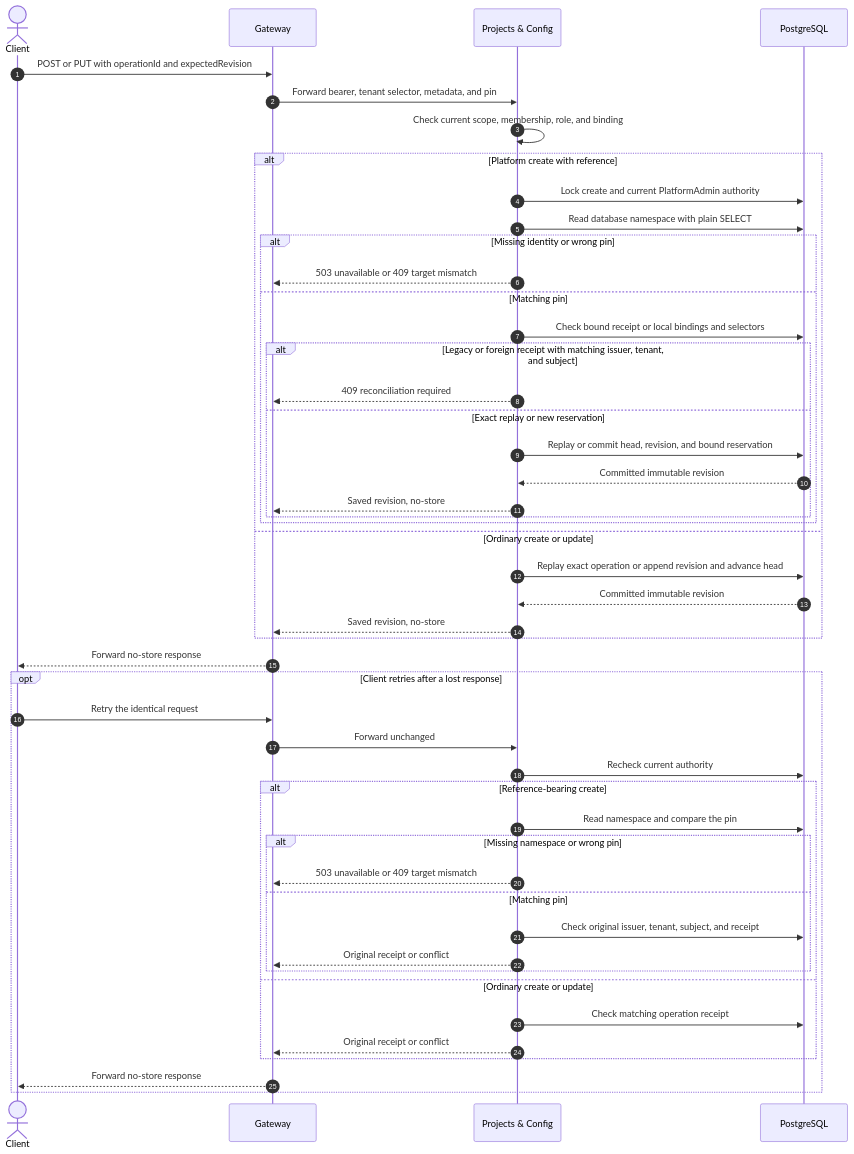
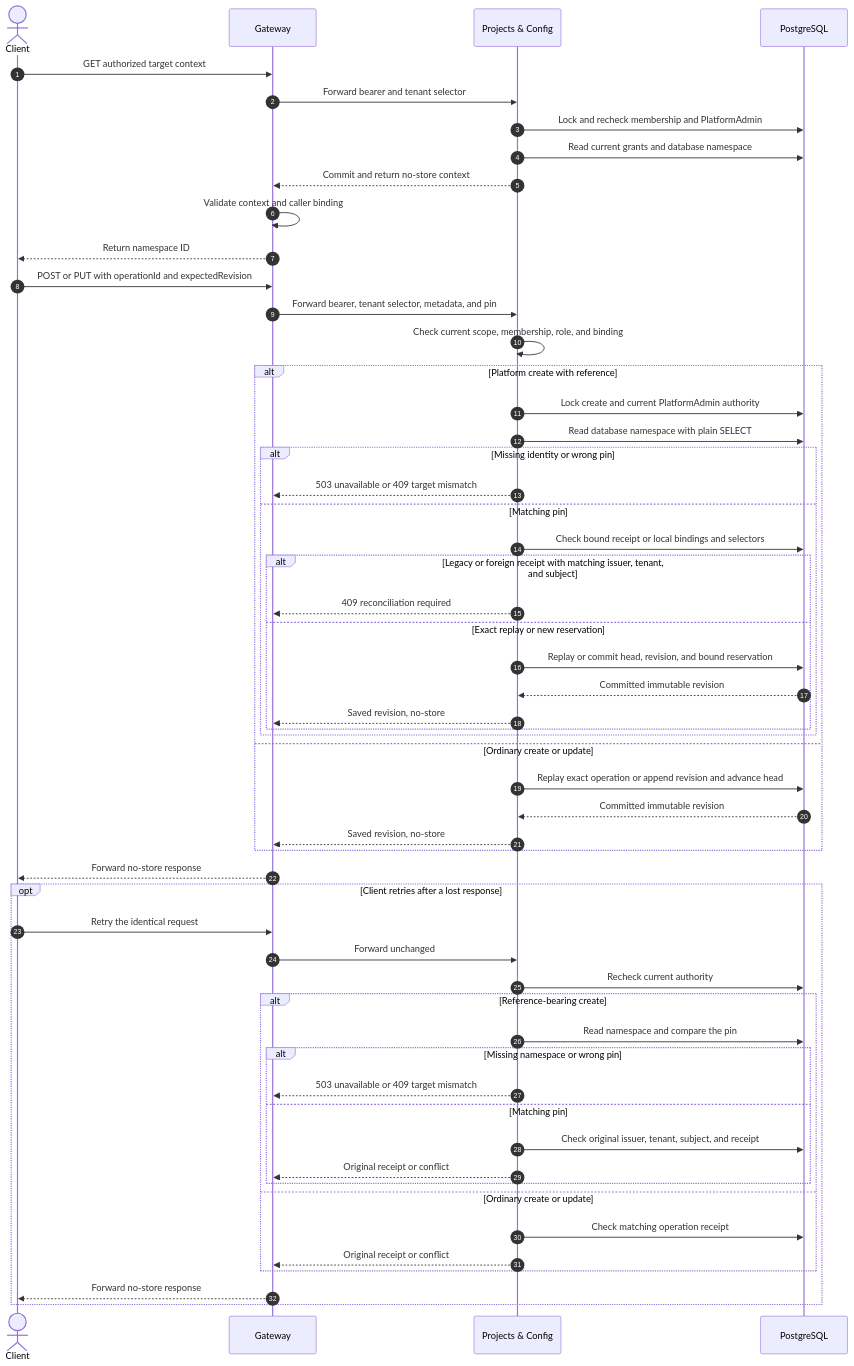
One commit to sabbour/agentweaver changed the first of 14 diagrams in docs/architecture/projects-config.md. Above: the diagram before and after it, drawn with Mermaid. The commit also changed other lines of this file and 32 other files, not shown here.

Commit message:
feat: expose authorized target context

````diff
--- a/docs/architecture/projects-config.md
+++ b/docs/architecture/projects-config.md
@@ -49,50 +54,57 @@
 ```mermaid
 sequenceDiagram
     autonumber
     actor Client
     participant Gateway
     participant Projects as Projects & Config
     participant DB as PostgreSQL
+    Client->>Gateway: GET authorized target context
+    Gateway->>Projects: Forward bearer and tenant selector
+    Projects->>DB: Lock and recheck membership and PlatformAdmin
+    Projects->>DB: Read current grants and database namespace
+    Projects-->>Gateway: Commit and return no-store context
+    Gateway->>Gateway: Validate context and caller binding
+    Gateway-->>Client: Return namespace ID
     Client->>Gateway: POST or PUT with operationId and expectedRevision
     Gateway->>Projects: Forward bearer, tenant selector, metadata, and pin
     Projects->>Projects: Check current scope, membership, role, and binding
     alt Platform create with reference
         Projects->>DB: Lock create and current PlatformAdmin authority
         Projects->>DB: Read database namespace with plain SELECT
         alt Missing identity or wrong pin
             Projects-->>Gateway: 503 unavailable or 409 target mismatch
         else Matching pin
             Projects->>DB: Check bound receipt or local bindings and selectors
             alt Legacy or foreign receipt with matching issuer, tenant, and subject
                 Projects-->>Gateway: 409 reconciliation required
             else Exact replay or new reservation
                 Projects->>DB: Replay or commit head, revision, and bound reservation
                 DB-->>Projects: Committed immutable revision
                 Projects-->>Gateway: Saved revision, no-store
             end
         end
     else Ordinary create or update
         Projects->>DB: Replay exact operation or append revision and advance head
         DB-->>Projects: Committed immutable revision
         Projects-->>Gateway: Saved revision, no-store
     end
     Gateway-->>Client: Forward no-store response
     opt Client retries after a lost response
         Client->>Gateway: Retry the identical request
         Gateway->>Projects: Forward unchanged
         Projects->>DB: Recheck current authority
         alt Reference-bearing create
             Projects->>DB: Read namespace and compare the pin
             alt Missing namespace or wrong pin
                 Projects-->>Gateway: 503 unavailable or 409 target mismatch
             else Matching pin
                 Projects->>DB: Check original issuer, tenant, subject, and receipt
                 Projects-->>Gateway: Original receipt or conflict
             end
         else Ordinary create or update
             Projects->>DB: Check matching operation receipt
             Projects-->>Gateway: Original receipt or conflict
         end
         Gateway-->>Client: Forward no-store response
     end
 ```
````
